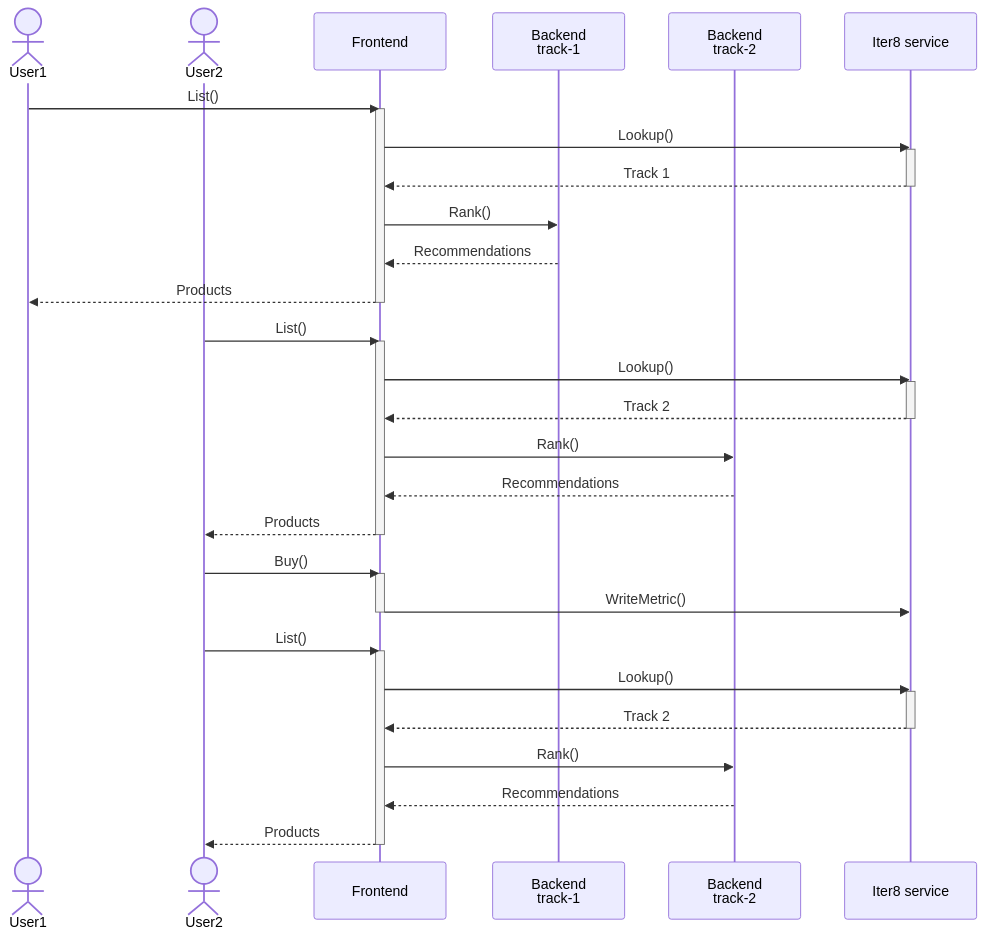
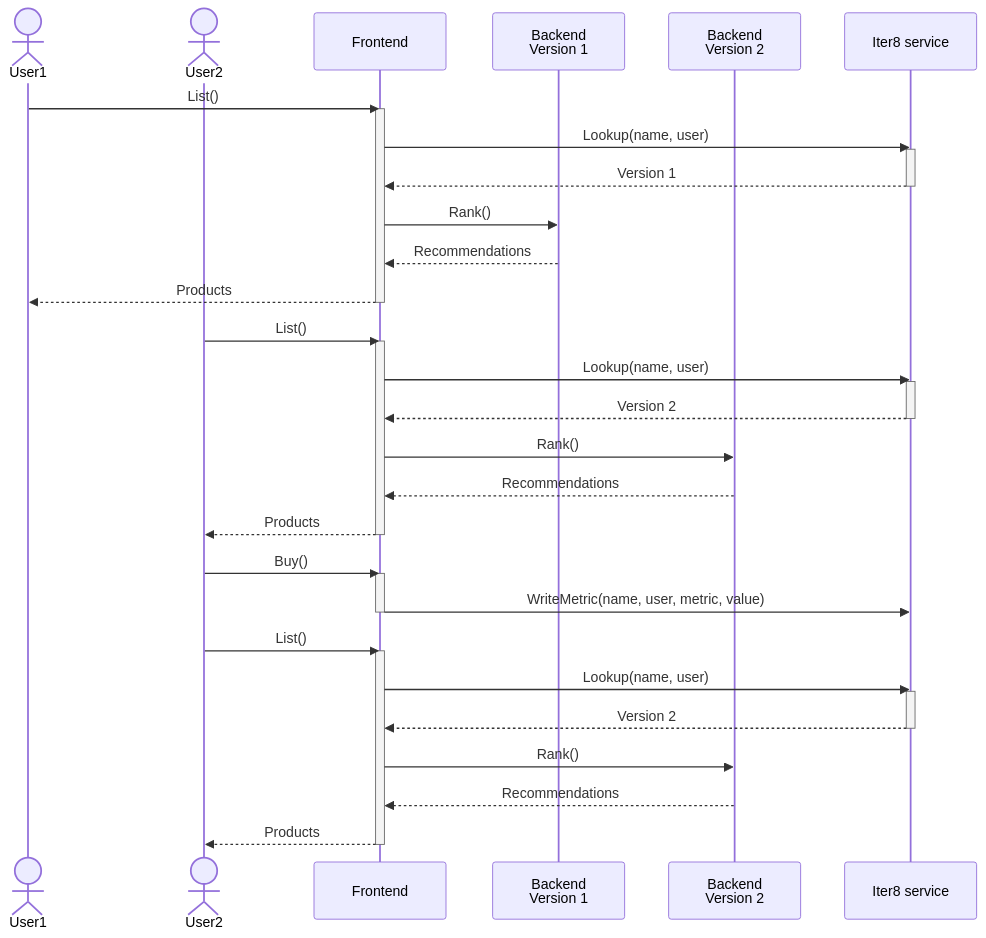
One commit to sriumcp/docs changed the diagram in docs/tutorials/abn/abn.md. Above: the diagram before and after it, drawn with Mermaid. The commit also changed other lines of this file and 11 other files, not shown here.

````diff
--- a/docs/tutorials/abn/abn.md
+++ b/docs/tutorials/abn/abn.md
@@ -141,43 +150,43 @@
     ```mermaid
     sequenceDiagram
         actor U1 as User1
         actor U2 as User2
         participant F as Frontend
-        participant B1 as Backend <br> track-1
-        participant B2 as Backend <br> track-2
+        participant B1 as Backend <br> Version 1
+        participant B2 as Backend <br> Version 2
         participant I as Iter8 service
         U1->>F: List()
         activate F
-        F->>I: Lookup()
+        F->>I: Lookup(name, user)
         activate I
-        I-->>F: Track 1
+        I-->>F: Version 1
         deactivate I
         F->>B1: Rank()
         B1-->>F: Recommendations
         F-->>U1: Products
         deactivate F
         U2->>F: List()
         activate F
-        F->>I: Lookup()
+        F->>I: Lookup(name, user)
         activate I
-        I-->>F: Track 2
+        I-->>F: Version 2
         deactivate I
         F->>B2: Rank()
         B2-->>F: Recommendations
         F-->>U2: Products
         deactivate F
         U2->>F: Buy()
         activate F
-        F->>I: WriteMetric()
+        F->>I: WriteMetric(name, user, metric, value)
         deactivate F
         U2->>F: List()
         activate F
-        F->>I: Lookup()
+        F->>I: Lookup(name, user)
         activate I
-        I-->>F: Track 2
+        I-->>F: Version 2
         deactivate I
         F->>B2: Rank()
         B2-->>F: Recommendations
         F-->>U2: Products
         deactivate F
     ```
````
